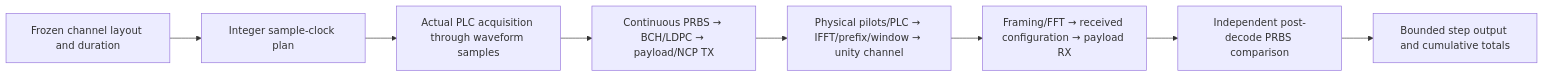
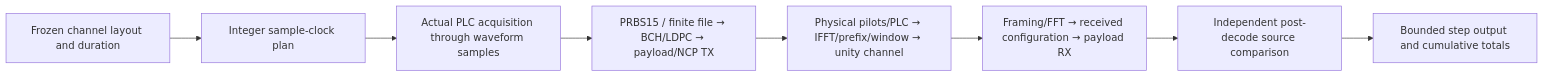
Before and after one commit to mgarcia01752/merlin: the diagram in docs/user/channel-runner/README.md, drawn with Mermaid. The commit also changed other lines of this file and 36 other files, not shown here.

````diff
--- a/docs/user/channel-runner/README.md
+++ b/docs/user/channel-runner/README.md
@@ -9,10 +9,10 @@
 ```mermaid
 flowchart LR
     CONFIG["Frozen channel layout and duration"] --> PLAN["Integer sample-clock plan"]
     PLAN --> ACQ["Actual PLC acquisition through waveform samples"]
-    ACQ --> TX["Continuous PRBS → BCH/LDPC → payload/NCP TX"]
+    ACQ --> TX["PRBS15 / finite file → BCH/LDPC → payload/NCP TX"]
     TX --> WAVE["Physical pilots/PLC → IFFT/prefix/window → unity channel"]
     WAVE --> RX["Framing/FFT → received configuration → payload RX"]
-    RX --> COMPARE["Independent post-decode PRBS comparison"]
+    RX --> COMPARE["Independent post-decode source comparison"]
     COMPARE --> RESULTS["Bounded step output and cumulative totals"]
 ```
````
